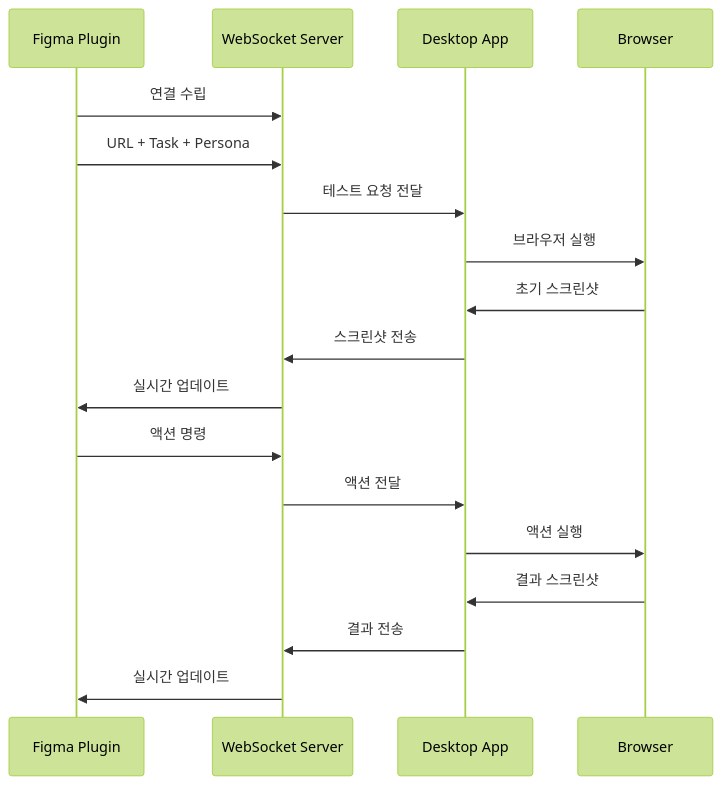
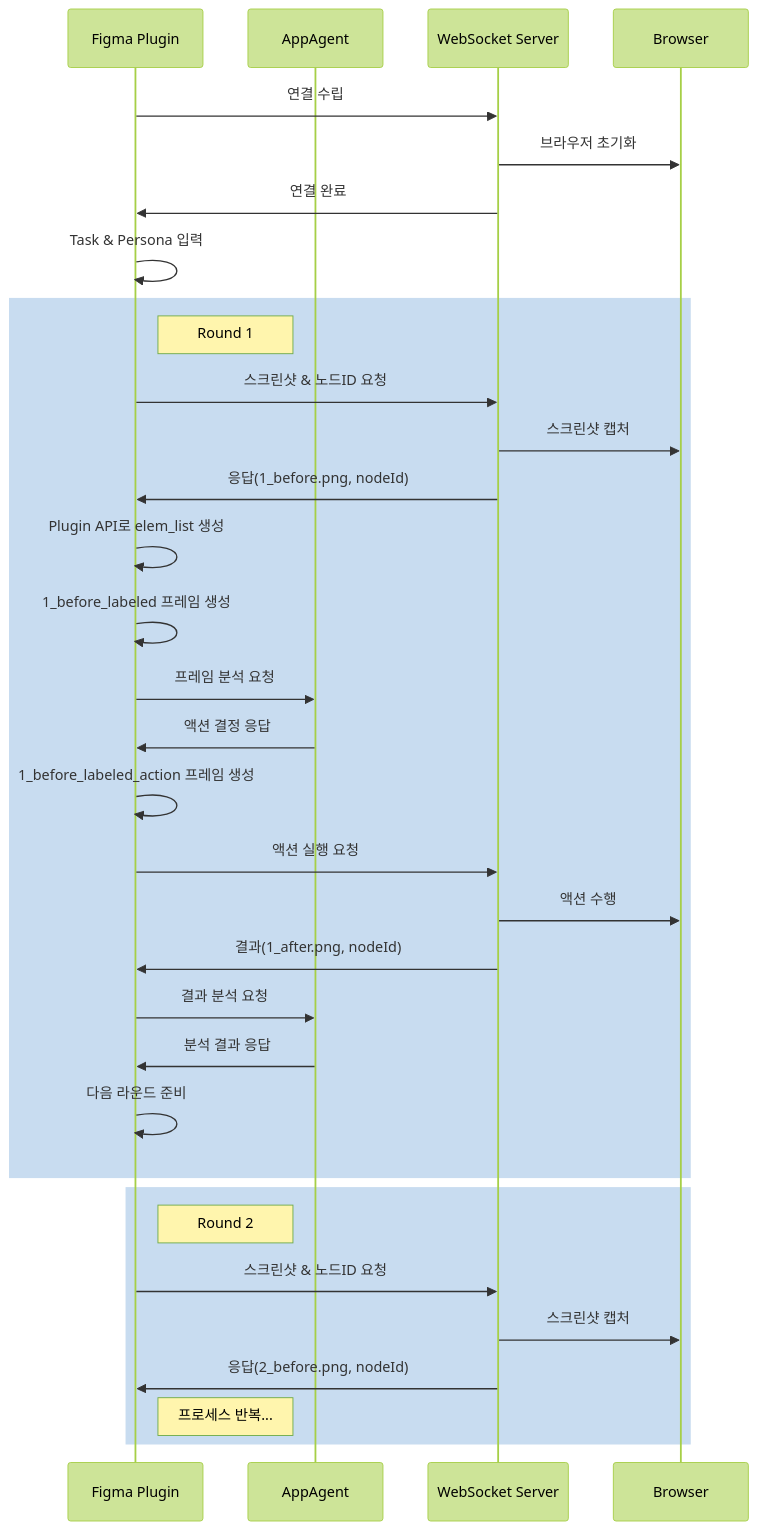
Before and after one commit to FigmaAI/KleverDesktop: the diagram in README.md, drawn with Mermaid (forest theme). The commit also changed other lines of this file and 3 other files, not shown here.

Commit message:
restructure README with new architecture and roadmap

````diff
--- a/README.md
+++ b/README.md
@@ -20,21 +26,44 @@
 ```mermaid
 sequenceDiagram
     participant F as Figma Plugin
+    participant A as AppAgent
     participant W as WebSocket Server
-    participant D as Desktop App
     participant B as Browser
 
+    %% 초기화 단계
     F->>W: 연결 수립
-    F->>W: URL + Task + Persona
-    W->>D: 테스트 요청 전달
-    D->>B: 브라우저 실행
-    B->>D: 초기 스크린샷
-    D->>W: 스크린샷 전송
-    W->>F: 실시간 업데이트
-    F->>W: 액션 명령
-    W->>D: 액션 전달
-    D->>B: 액션 실행
-    B->>D: 결과 스크린샷
-    D->>W: 결과 전송
-    W->>F: 실시간 업데이트
+    W->>B: 브라우저 초기화
+    W->>F: 연결 완료
+
+    %% Task & Persona 제출
+    F->>F: Task & Persona 입력
+    
+    rect rgb(200, 220, 240)
+        Note right of F: Round 1
+        F->>W: 스크린샷 & 노드ID 요청
+        W->>B: 스크린샷 캡처
+        W->>F: 응답(1_before.png, nodeId)
+        
+        F->>F: Plugin API로 elem_list 생성
+        F->>F: 1_before_labeled 프레임 생성
+        F->>A: 프레임 분석 요청
+        A->>F: 액션 결정 응답
+        
+        F->>F: 1_before_labeled_action 프레임 생성
+        F->>W: 액션 실행 요청
+        W->>B: 액션 수행
+        W->>F: 결과(1_after.png, nodeId)
+        
+        F->>A: 결과 분석 요청
+        A->>F: 분석 결과 응답
+        F->>F: 다음 라운드 준비
+    end
+
+    rect rgb(200, 220, 240)
+        Note right of F: Round 2
+        F->>W: 스크린샷 & 노드ID 요청
+        W->>B: 스크린샷 캡처
+        W->>F: 응답(2_before.png, nodeId)
+        Note right of F: 프로세스 반복...
+    end
 ```
````
